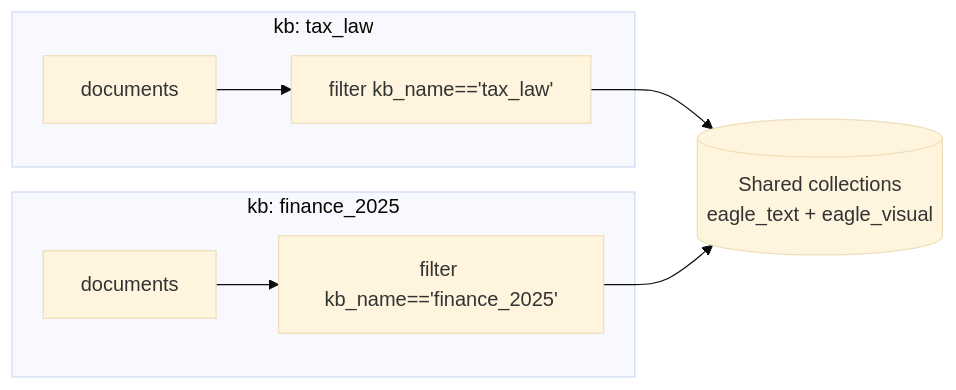
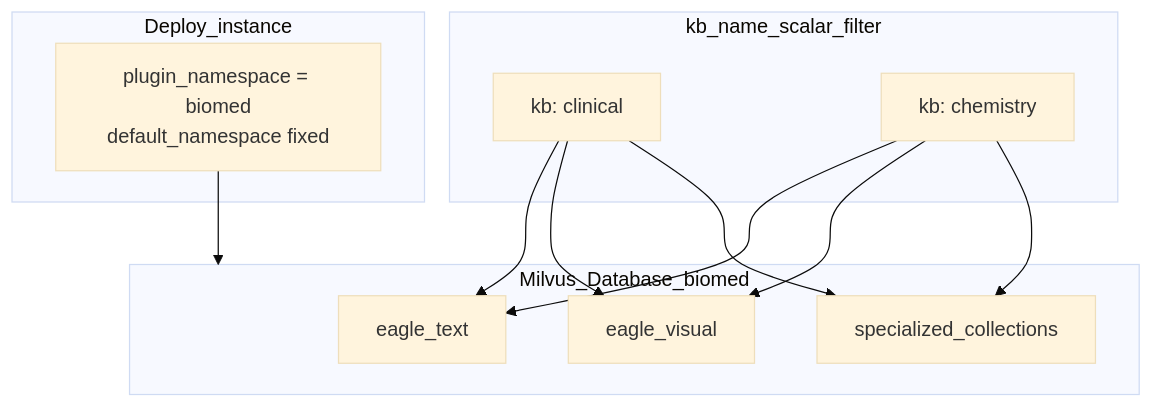
The diagram in docs/en/architecture/multi-tenancy.md (zhiweio/EagleRAG), drawn with Mermaid (base theme) before and after one commit. The commit also changed other lines of this file and 249 other files, not shown here.

````diff
--- a/docs/en/architecture/multi-tenancy.md
+++ b/docs/en/architecture/multi-tenancy.md
@@ -36,10 +39,17 @@
 ```mermaid
-flowchart LR
-    subgraph KBa["kb: tax_law"]
-        DA["documents"] --> MILA["filter kb_name=='tax_law'"]
-    end
-    subgraph KBb["kb: finance_2025"]
-        DB["documents"] --> MILB["filter kb_name=='finance_2025'"]
-    end
-    MILA & MILB --> MIL[("Shared collections<br/>eagle_text + eagle_visual")]
+flowchart TB
+  subgraph deploy [Deploy_instance]
+    NS["plugin_namespace = biomed<br/>default_namespace fixed"]
+  end
+  subgraph milvus [Milvus_Database_biomed]
+    ET[eagle_text]
+    EV[eagle_visual]
+    SPEC[specialized_collections]
+  end
+  subgraph kbs [kb_name_scalar_filter]
+    A[kb: clinical]
+    B[kb: chemistry]
+  end
+  NS --> milvus
+  A & B --> ET & EV & SPEC
 ```
````
